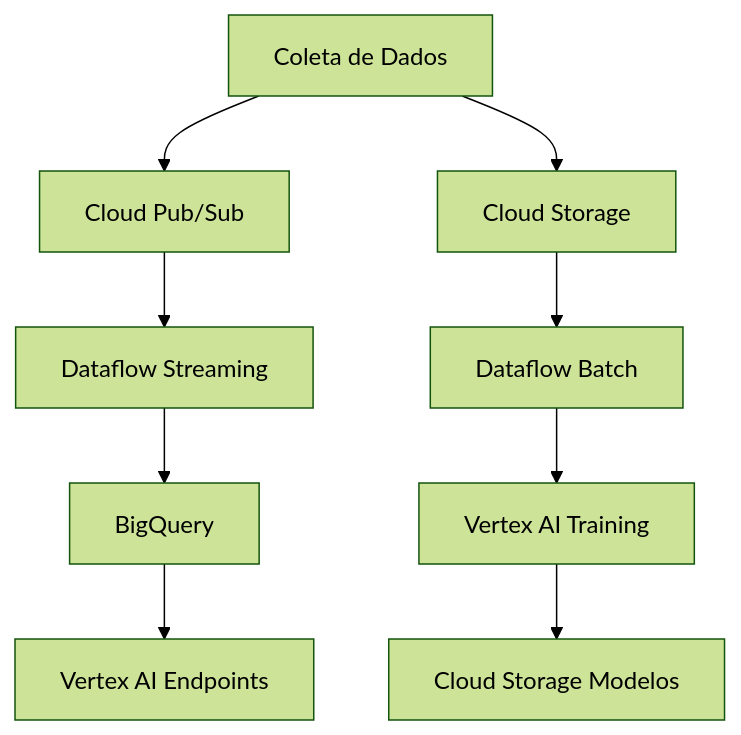
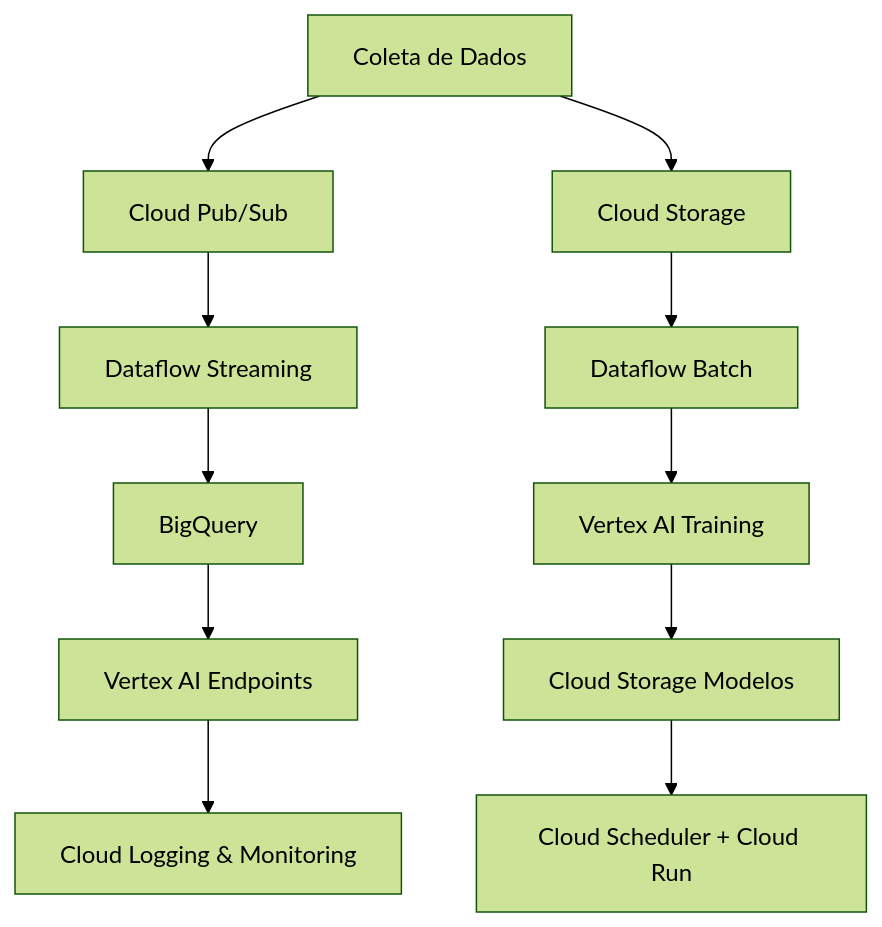
One commit to edersoncorbari/rox-gcp changed the diagram in QUESTIONS.md. Above: the diagram before and after it, drawn with Mermaid (forest theme).

````diff
--- a/QUESTIONS.md
+++ b/QUESTIONS.md
@@ -82,11 +82,13 @@
 ```mermaid
 flowchart TD
     A[Coleta de Dados] --> B[Cloud Pub/Sub]
     A --> C[Cloud Storage]
     B --> D[Dataflow Streaming]
     C --> E[Dataflow Batch]
     D --> F[BigQuery]
     E --> G[Vertex AI Training]
     F --> H[Vertex AI Endpoints]
     G --> I[Cloud Storage Modelos]
+    H --> J[Cloud Logging & Monitoring]
+    I --> K[Cloud Scheduler + Cloud Run]
 ```
````
